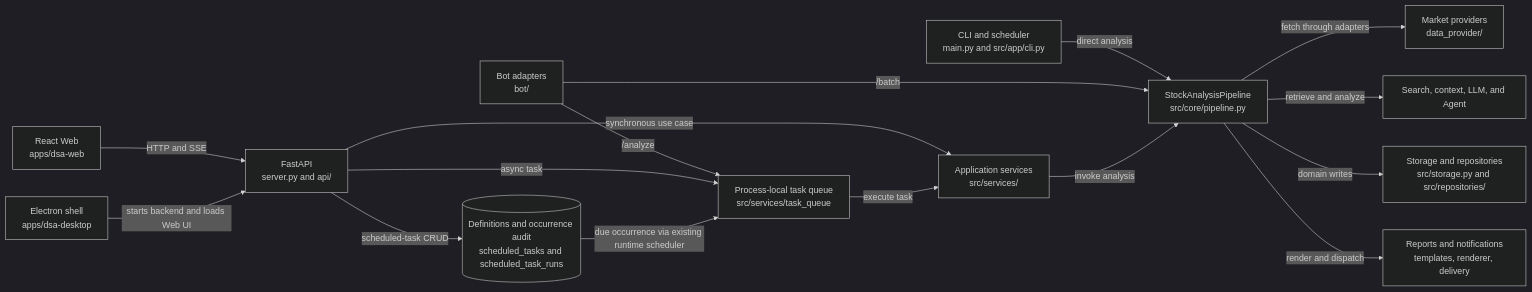
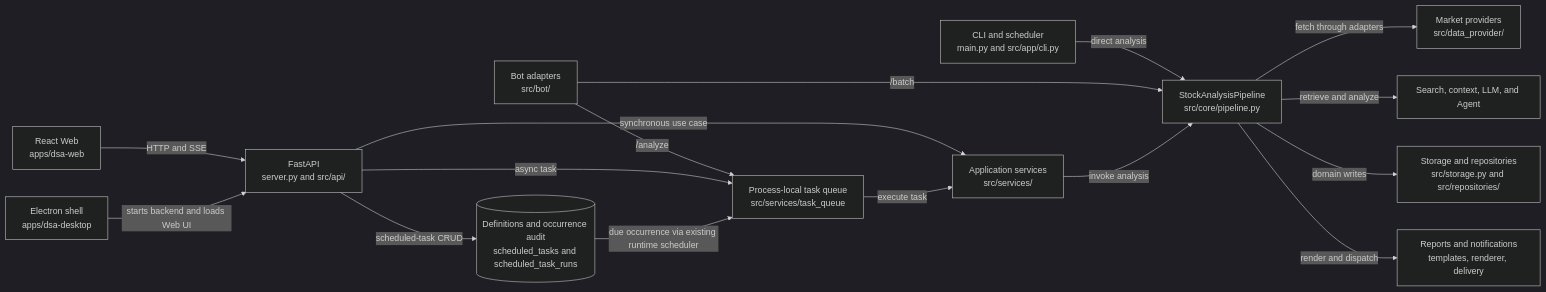
The first of 3 diagrams in docs/architecture-overview.md (SiinXu/stock-pulse-ai), drawn with Mermaid (dark theme) before and after one commit. The commit also changed other lines of this file and 404 other files, not shown here.

````diff
--- a/docs/architecture-overview.md
+++ b/docs/architecture-overview.md
@@ -28,18 +28,18 @@
 ```mermaid
 flowchart LR
   CLI[CLI and scheduler<br/>main.py and src/app/cli.py] -->|direct analysis| PIPE
   WEB[React Web<br/>apps/dsa-web] -->|HTTP and SSE| API
   DESKTOP[Electron shell<br/>apps/dsa-desktop] -->|starts backend and loads Web UI| API
-  BOT[Bot adapters<br/>bot/] -->|/analyze| QUEUE
+  BOT[Bot adapters<br/>src/bot/] -->|/analyze| QUEUE
   BOT -->|/batch| PIPE
-  API[FastAPI<br/>server.py and api/] -->|async task| QUEUE[Process-local task queue<br/>src/services/task_queue]
+  API[FastAPI<br/>server.py and src/api/] -->|async task| QUEUE[Process-local task queue<br/>src/services/task_queue]
   API -->|synchronous use case| SERVICES[Application services<br/>src/services/]
   API -->|scheduled-task CRUD| SCHEDULES[(Definitions and occurrence audit<br/>scheduled_tasks and scheduled_task_runs)]
   SCHEDULES -->|due occurrence via existing runtime scheduler| QUEUE
   QUEUE -->|execute task| SERVICES
   SERVICES -->|invoke analysis| PIPE[StockAnalysisPipeline<br/>src/core/pipeline.py]
-  PIPE -->|fetch through adapters| DATA[Market providers<br/>data_provider/]
+  PIPE -->|fetch through adapters| DATA[Market providers<br/>src/data_provider/]
   PIPE -->|retrieve and analyze| INTEL[Search, context, LLM, and Agent]
   PIPE -->|domain writes| STORE[Storage and repositories<br/>src/storage.py and src/repositories/]
   PIPE -->|render and dispatch| OUTPUT[Reports and notifications<br/>templates, renderer, delivery]
 ```
````
